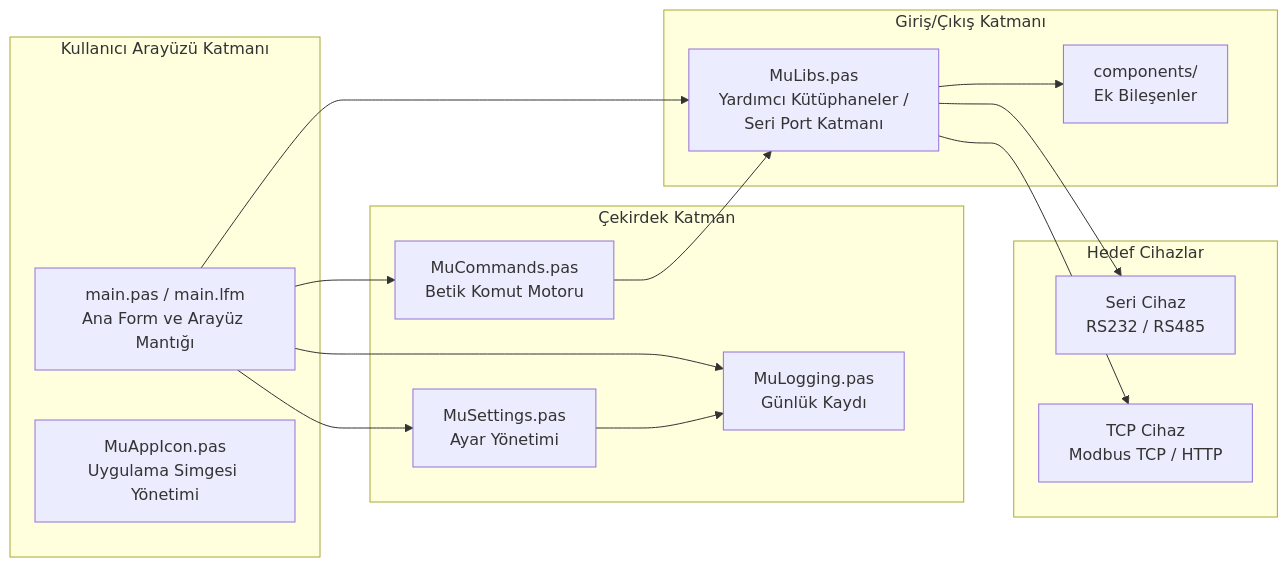
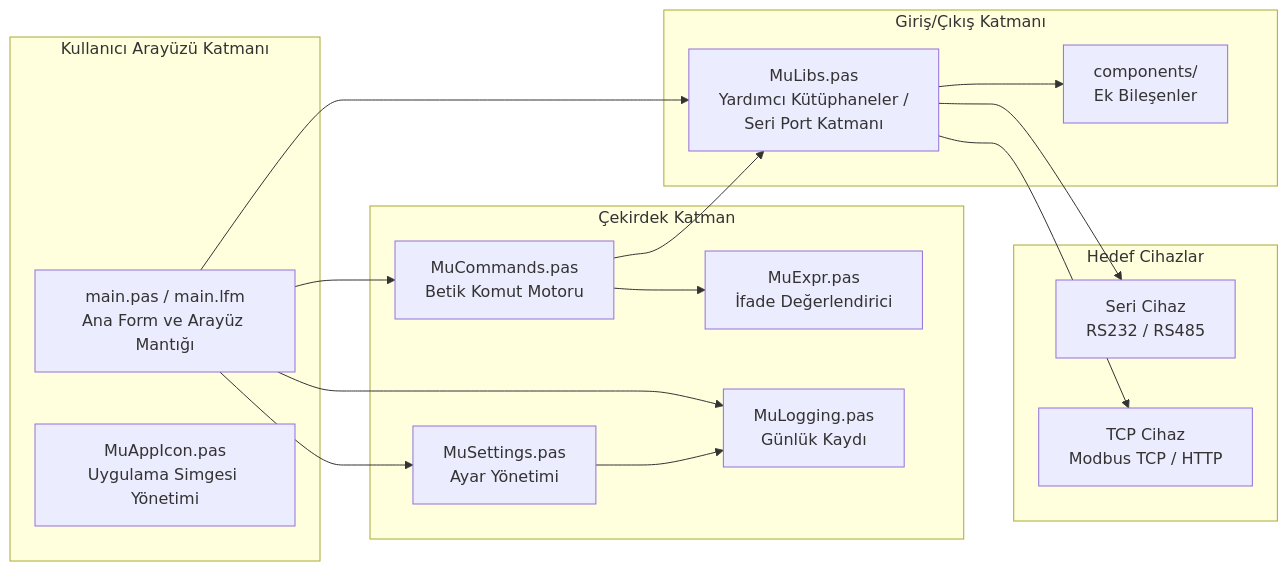
Before and after one commit to mehmetulukaya/muterm: the second of 3 diagrams in README.md, drawn with Mermaid. The commit also changed other lines of this file and 2 other files, not shown here.

````diff
--- a/README.md
+++ b/README.md
@@ -95,33 +98,35 @@
 ```mermaid
 flowchart LR
     subgraph UI["Kullanıcı Arayüzü Katmanı"]
         MAIN[main.pas / main.lfm<br>Ana Form ve Arayüz Mantığı]
         ICON[MuAppIcon.pas<br>Uygulama Simgesi Yönetimi]
     end
     
     subgraph CORE["Çekirdek Katman"]
         CMD[MuCommands.pas<br>Betik Komut Motoru]
+        EXPR[MuExpr.pas<br>İfade Değerlendirici]
         SET[MuSettings.pas<br>Ayar Yönetimi]
         LOG[MuLogging.pas<br>Günlük Kaydı]
     end
     
     subgraph IO["Giriş/Çıkış Katmanı"]
         LIBS[MuLibs.pas<br>Yardımcı Kütüphaneler /<br>Seri Port Katmanı]
         COMP[components/<br>Ek Bileşenler]
     end
     
     subgraph DEVICE["Hedef Cihazlar"]
         SERIAL[Seri Cihaz<br>RS232 / RS485]
         NET[TCP Cihaz<br>Modbus TCP / HTTP]
     end
     
     MAIN --> CMD
     MAIN --> SET
     MAIN --> LOG
     MAIN --> LIBS
+    CMD --> EXPR
     CMD --> LIBS
     SET --> LOG
     LIBS --> COMP
     LIBS --> SERIAL
     LIBS --> NET
 ```
````
